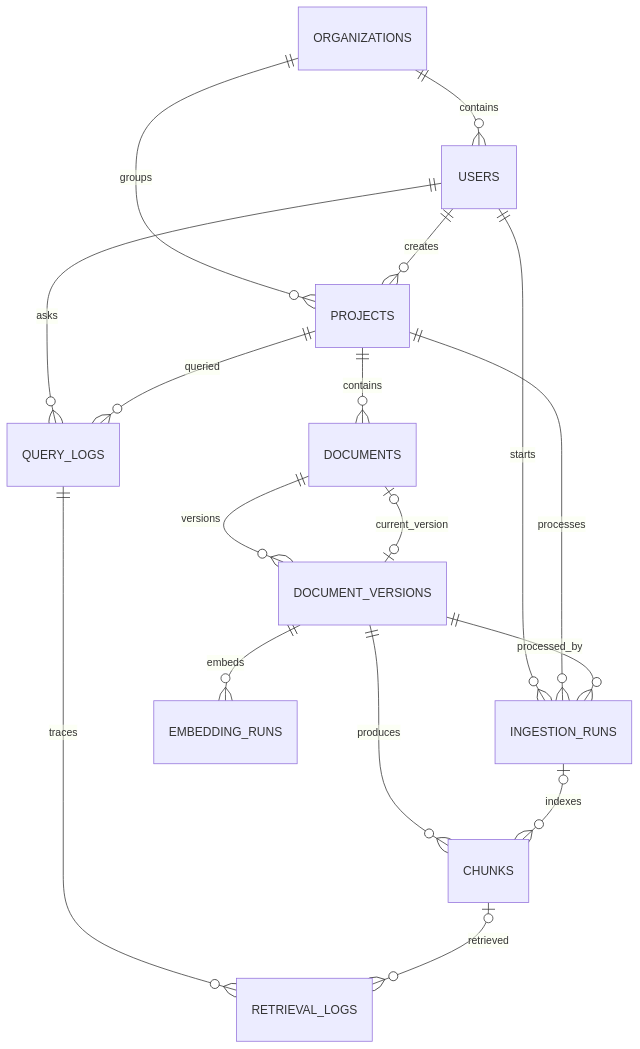
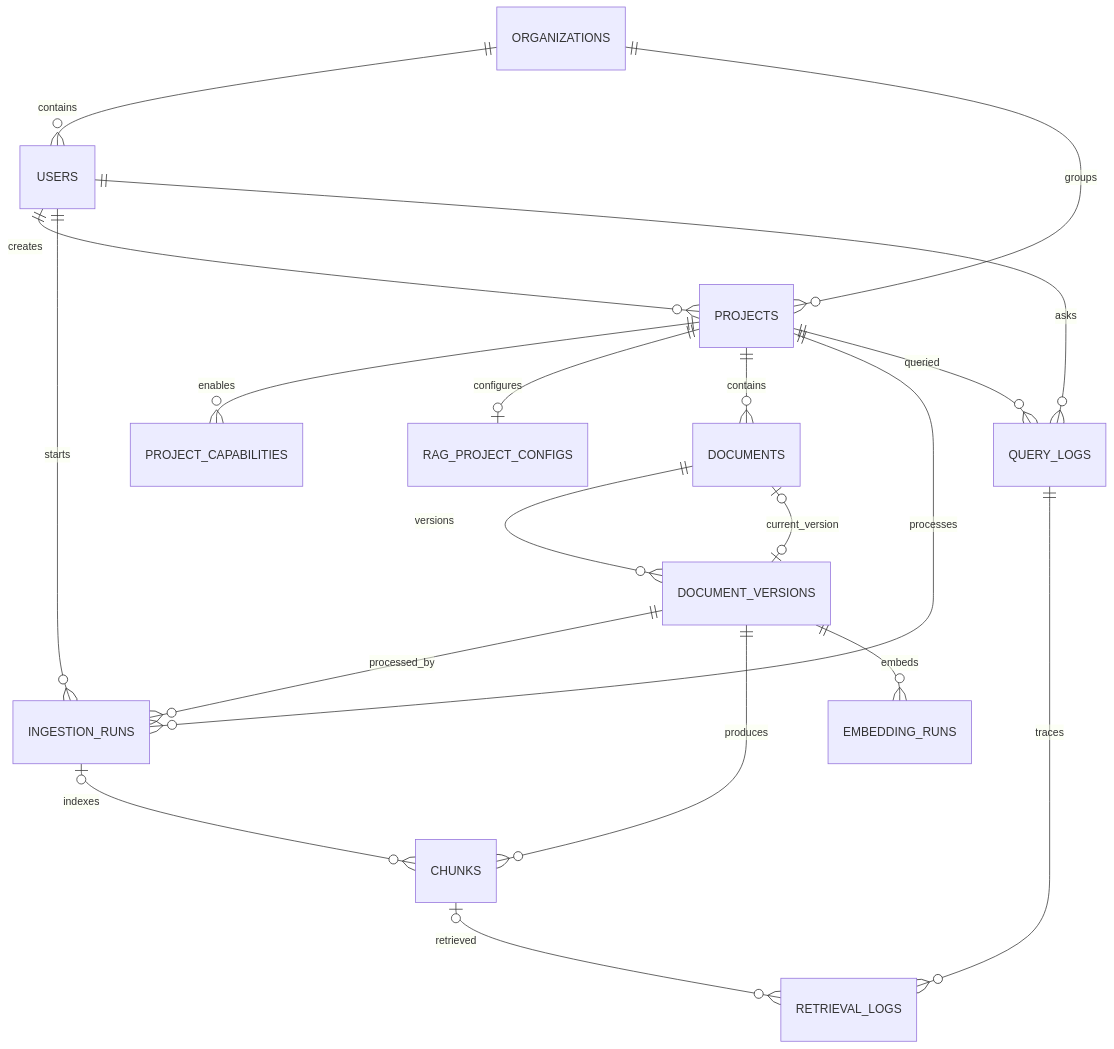
Before and after one commit to moad-cod/CCSR: the fourth of 4 diagrams in backend/BACKEND_MAP.md, drawn with Mermaid. The commit also changed other lines of this file and 5 other files, not shown here.

Commit message:
docs(map): map configured rag project lifecycle

````diff
--- a/backend/BACKEND_MAP.md
+++ b/backend/BACKEND_MAP.md
@@ -414,19 +414,21 @@
 ```mermaid
 erDiagram
     ORGANIZATIONS ||--o{ USERS : contains
     ORGANIZATIONS ||--o{ PROJECTS : groups
     USERS ||--o{ PROJECTS : creates
+    PROJECTS ||--o{ PROJECT_CAPABILITIES : enables
+    PROJECTS ||--o| RAG_PROJECT_CONFIGS : configures
     USERS ||--o{ INGESTION_RUNS : starts
     USERS ||--o{ QUERY_LOGS : asks
     PROJECTS ||--o{ DOCUMENTS : contains
     DOCUMENTS ||--o{ DOCUMENT_VERSIONS : versions
     DOCUMENTS o|--o| DOCUMENT_VERSIONS : current_version
     PROJECTS ||--o{ INGESTION_RUNS : processes
     DOCUMENT_VERSIONS ||--o{ INGESTION_RUNS : processed_by
     DOCUMENT_VERSIONS ||--o{ CHUNKS : produces
     INGESTION_RUNS o|--o{ CHUNKS : indexes
     DOCUMENT_VERSIONS ||--o{ EMBEDDING_RUNS : embeds
     PROJECTS ||--o{ QUERY_LOGS : queried
     QUERY_LOGS ||--o{ RETRIEVAL_LOGS : traces
     CHUNKS o|--o{ RETRIEVAL_LOGS : retrieved
 ```
````
